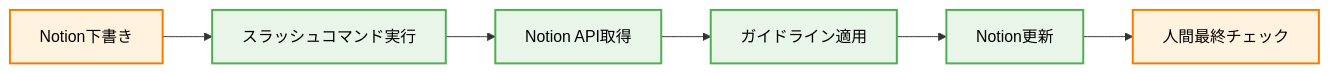
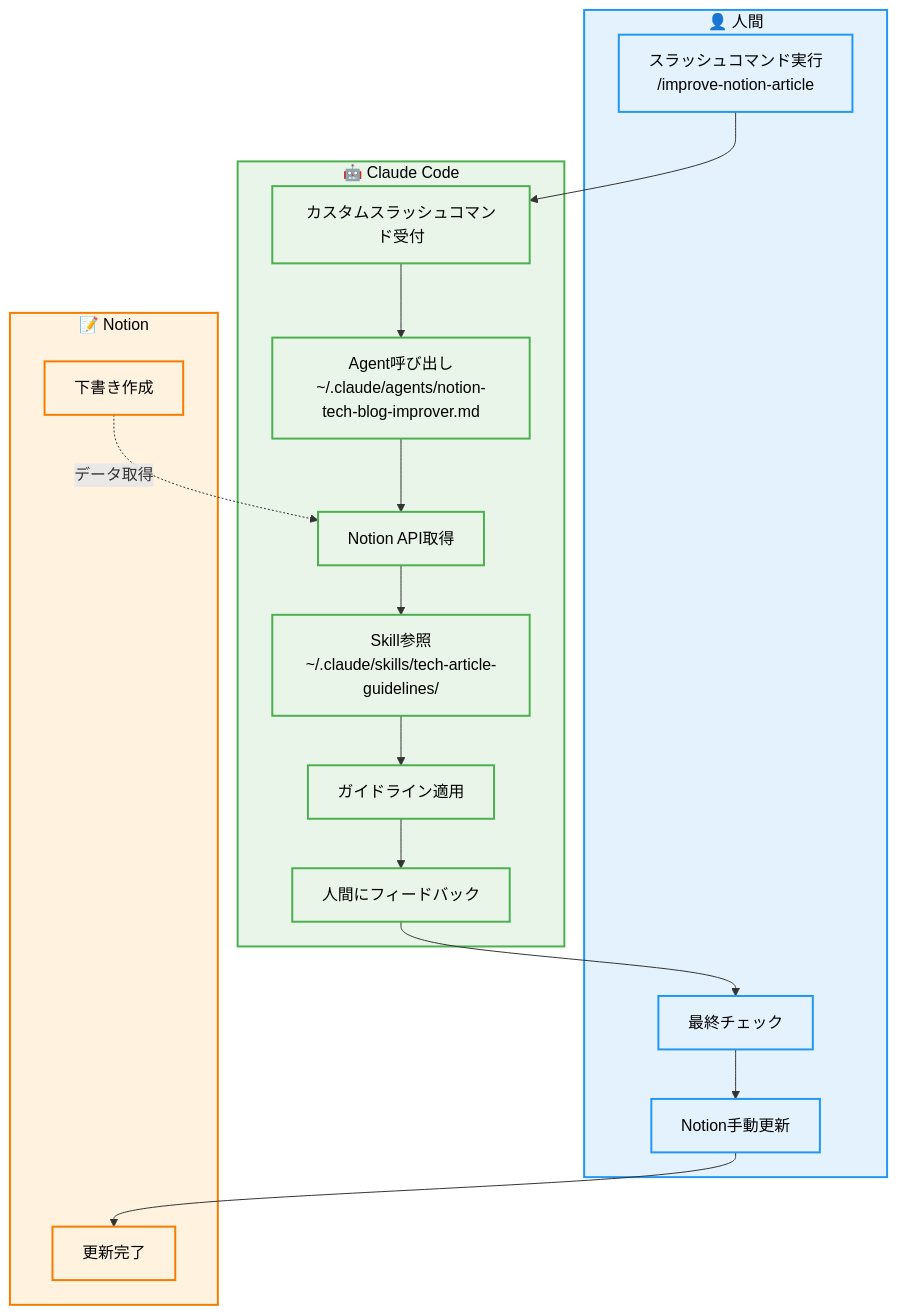
Before and after one commit to majikana-rinadehi/document-hub: the second of 2 diagrams in output/2a6354cfb4ef80b5a170c24271c3e05d.md, drawn with Mermaid. The commit also changed other lines of this file and 1 other file, not shown here.

First line of the commit message:
feat: Update Notion article 2a6354cfb4ef80b5a170c24271c3e05d

````diff
--- a/output/2a6354cfb4ef80b5a170c24271c3e05d.md
+++ b/output/2a6354cfb4ef80b5a170c24271c3e05d.md
@@ -272,14 +217,42 @@
 ```mermaid
-flowchart LR
-    Draft[Notion下書き] --> Command[スラッシュコマンド実行]
-    Command --> Fetch[Notion API取得]
-    Fetch --> Process[ガイドライン適用]
-    Process --> Update[Notion更新]
-    Update --> Review[人間最終チェック]
-
-    classDef process fill:#fff3e0,stroke:#f57c00,stroke-width:2px,color:#000
-    classDef automation fill:#e8f5e8,stroke:#4caf50,stroke-width:2px,color:#000
-
-    class Draft,Review process
-    class Command,Fetch,Process,Update automation
+flowchart TB
+    subgraph Human["👤 人間"]
+        Execute[スラッシュコマンド実行<br>/improve-notion-article]
+        Review[最終チェック]
+        ManualUpdate[Notion手動更新]
+    end
+    
+    subgraph ClaudeCode["🤖 Claude Code"]
+        Command[カスタムスラッシュコマンド受付]
+        Agent[Agent呼び出し<br>~/.claude/agents/notion-tech-blog-improver.md]
+        Fetch[Notion API取得]
+        Skill[Skill参照<br>~/.claude/skills/tech-article-guidelines/]
+        Guideline[ガイドライン適用]
+        Feedback[人間にフィードバック]
+        
+        Command --> Agent
+        Agent --> Fetch
+        Fetch --> Skill
+        Skill --> Guideline
+        Guideline --> Feedback
+    end
+    
+    subgraph Notion["📝 Notion"]
+        Draft[下書き作成]
+        Final[更新完了]
+    end
+    
+    Execute --> Command
+    Draft -.->|データ取得| Fetch
+    Feedback --> Review
+    Review --> ManualUpdate
+    ManualUpdate --> Final
+    
+    classDef notionStyle fill:#fff3e0,stroke:#f57c00,stroke-width:2px,color:#000
+    classDef humanStyle fill:#e3f2fd,stroke:#2196f3,stroke-width:2px,color:#000
+    classDef claudeStyle fill:#e8f5e8,stroke:#4caf50,stroke-width:2px,color:#000
+    
+    class Draft,Final,Notion notionStyle
+    class Execute,Review,ManualUpdate,Human humanStyle
+    class Command,Agent,Fetch,Skill,Guideline,Feedback,ClaudeCode claudeStyle
 ```
````
